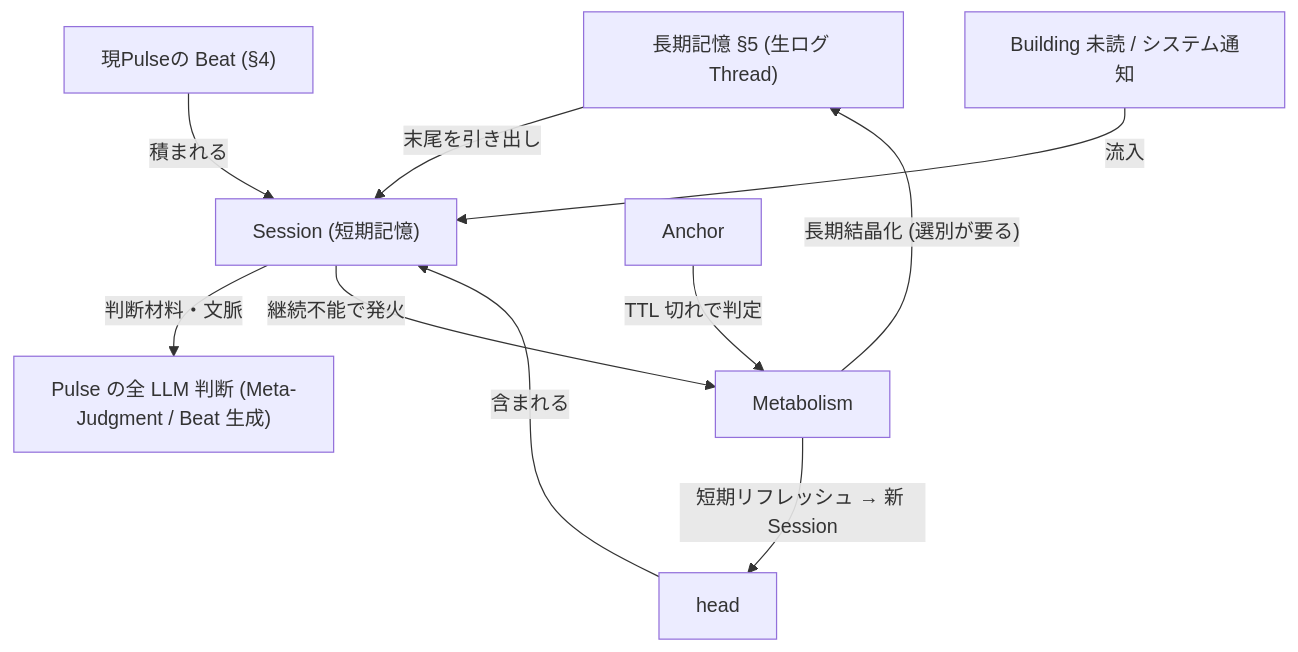
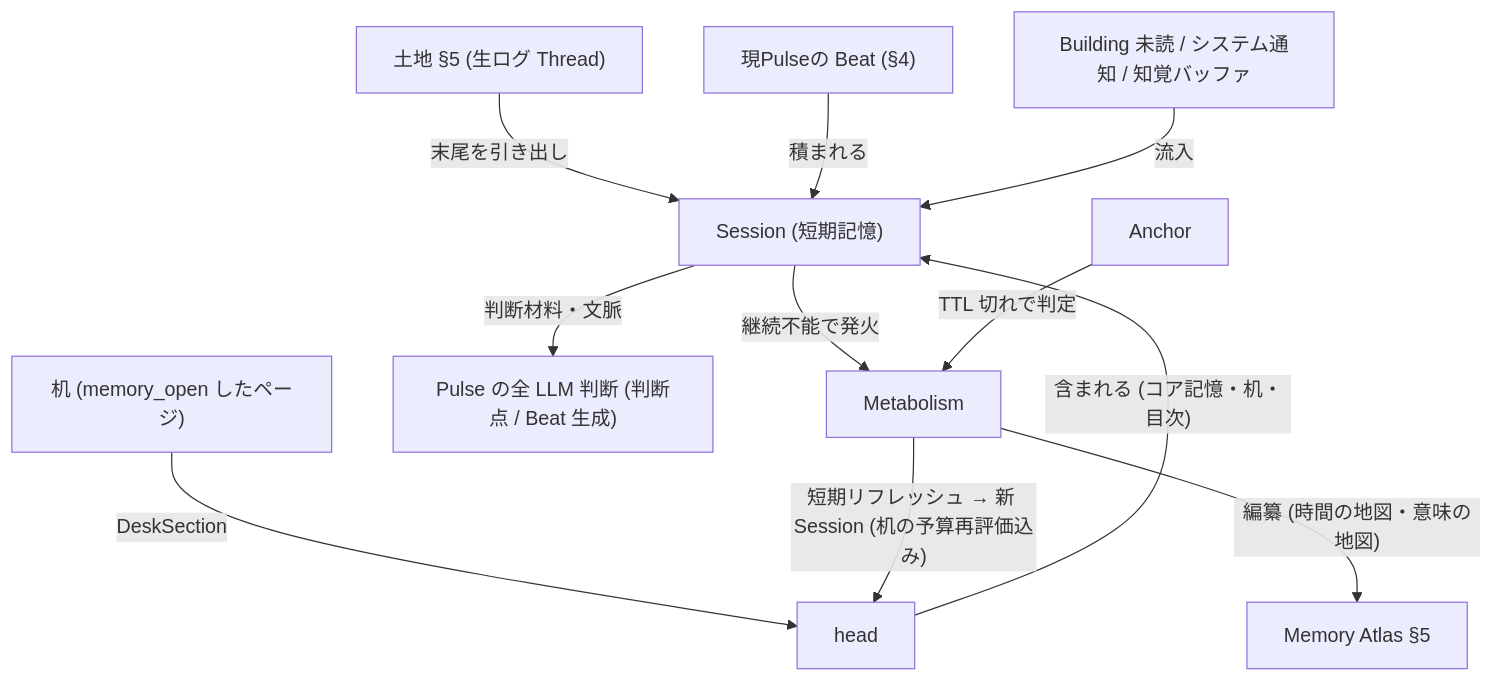
One commit to maha0525/SAIVerse changed the sixth of 7 diagrams in docs/overview/landscape.md. Above: the diagram before and after it, drawn with Mermaid. The commit also changed other lines of this file and 1 other file, not shown here.

First line of the commit message:
docs(landscape): v2.0 — Memory Atlas と自律行動v2 (時間割+判断点) を反映する大改訂

````diff
--- a/docs/overview/landscape.md
+++ b/docs/overview/landscape.md
@@ -307,12 +350,13 @@
 ```mermaid
 graph TD
-    LongTerm["長期記憶 §5 (生ログ Thread)"] -->|末尾を引き出し| Session["Session (短期記憶)"]
-    head -->|含まれる| Session
+    Land["土地 §5 (生ログ Thread)"] -->|末尾を引き出し| Session["Session (短期記憶)"]
+    head -->|"含まれる (コア記憶・机・目次)"| Session
+    Desk["机 (memory_open したページ)"] -->|DeskSection| head
     Beat["現Pulseの Beat (§4)"] -->|積まれる| Session
-    World["Building 未読 / システム通知"] -->|流入| Session
-    Session -->|判断材料・文脈| LLM["Pulse の全 LLM 判断 (Meta-Judgment / Beat 生成)"]
+    World["Building 未読 / システム通知 / 知覚バッファ"] -->|流入| Session
+    Session -->|判断材料・文脈| LLM["Pulse の全 LLM 判断 (判断点 / Beat 生成)"]
     Session -->|継続不能で発火| Metabolism
     Anchor -->|TTL 切れで判定| Metabolism
-    Metabolism -->|短期リフレッシュ → 新 Session| head
-    Metabolism -->|"長期結晶化 (選別が要る)"| LongTerm
+    Metabolism -->|"短期リフレッシュ → 新 Session (机の予算再評価込み)"| head
+    Metabolism -->|"編纂 (時間の地図・意味の地図)"| Atlas["Memory Atlas §5"]
 ```
````
